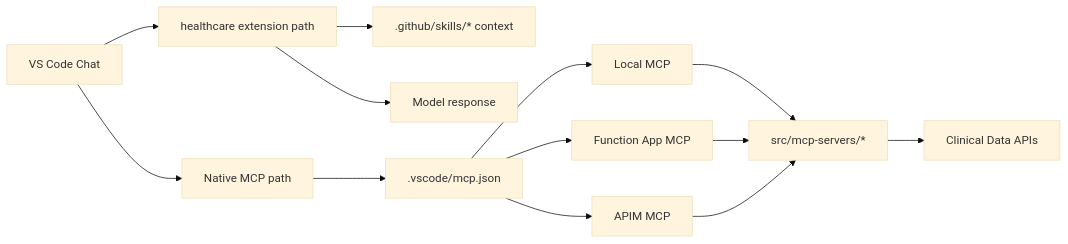
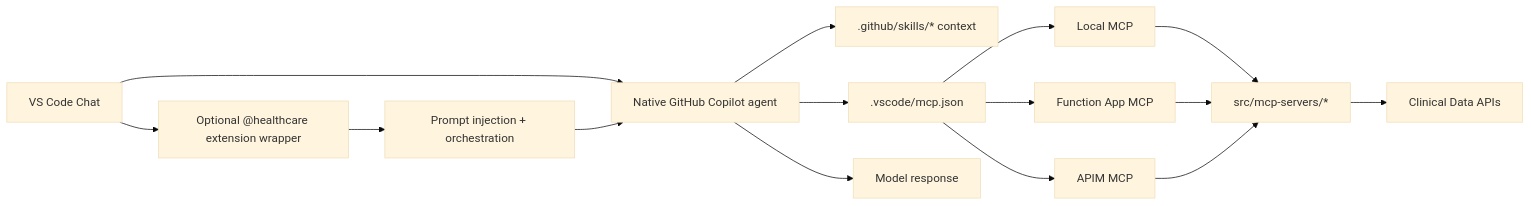
Before and after one commit to JinLee794/Azure-Healthcare-Marketplace-Demo: the first of 3 diagrams in docs/DEVELOPER-GUIDE.md, drawn with Mermaid (base theme). The commit also changed other lines of this file, not shown here.

Commit message:
feat: Update Developer Guide to clarify GitHub Copilot integration and optional extension usage

````diff
--- a/docs/DEVELOPER-GUIDE.md
+++ b/docs/DEVELOPER-GUIDE.md
@@ -19,16 +19,18 @@
 ```mermaid
 flowchart LR
-    VSC[VS Code Chat] --> EXT[healthcare extension path]
-    EXT --> SK[.github/skills/* context]
-    EXT --> LLM[Model response]
+    VSC[VS Code Chat] --> COP[Native GitHub Copilot agent]
+    VSC --> EXT[Optional @healthcare extension wrapper]
+    EXT --> WRAP[Prompt injection + orchestration]
+    WRAP --> COP
 
-    VSC --> MCPPATH[Native MCP path]
-    MCPPATH --> MCP[.vscode/mcp.json]
+    COP --> SK[.github/skills/* context]
+    COP --> MCP[.vscode/mcp.json]
     MCP --> LOCAL[Local MCP]
     MCP --> FUNC[Function App MCP]
     MCP --> APIM[APIM MCP]
     LOCAL --> SRV[src/mcp-servers/*]
     FUNC --> SRV
     APIM --> SRV
     SRV --> DATA[Clinical Data APIs]
+    COP --> RESP[Model response]
 ```
````
